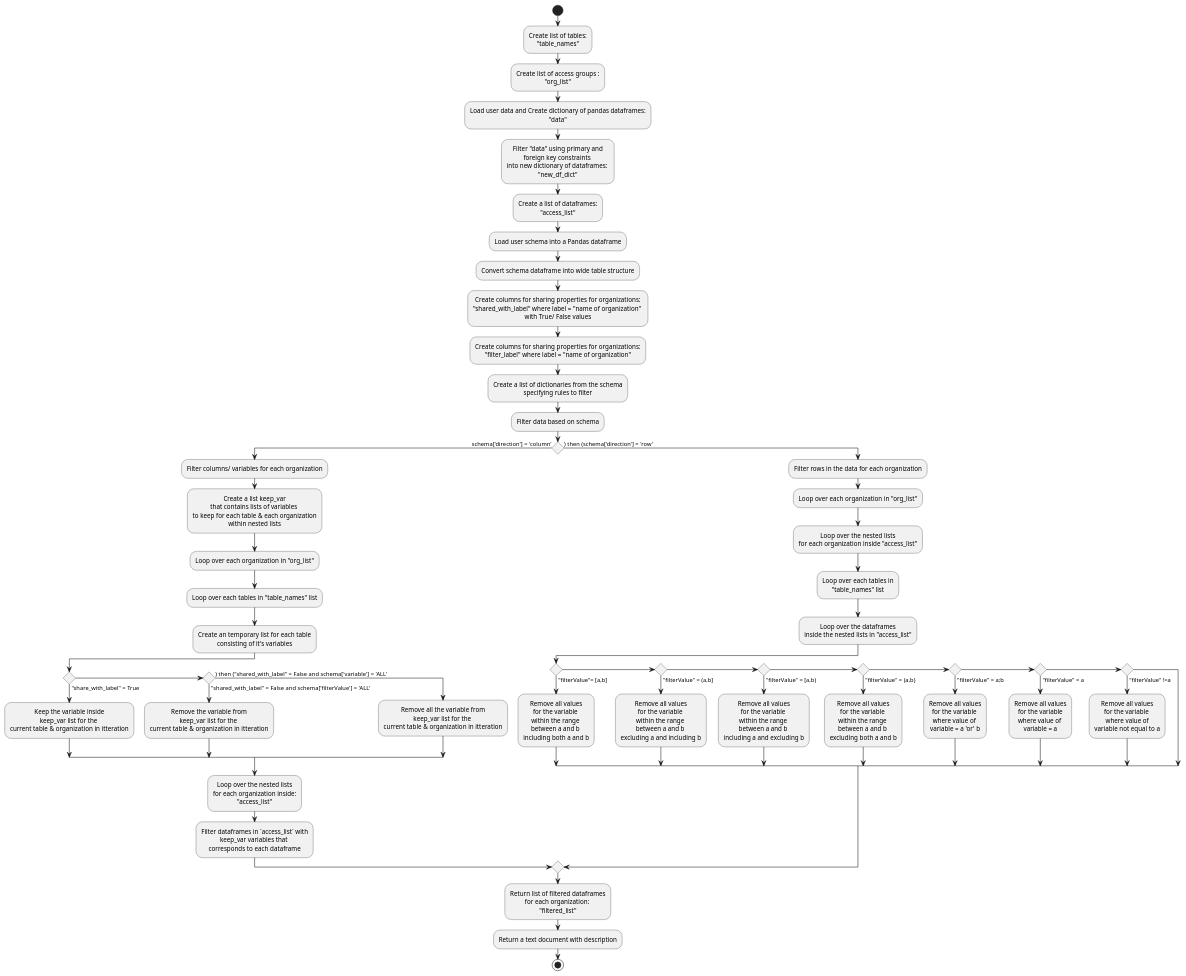
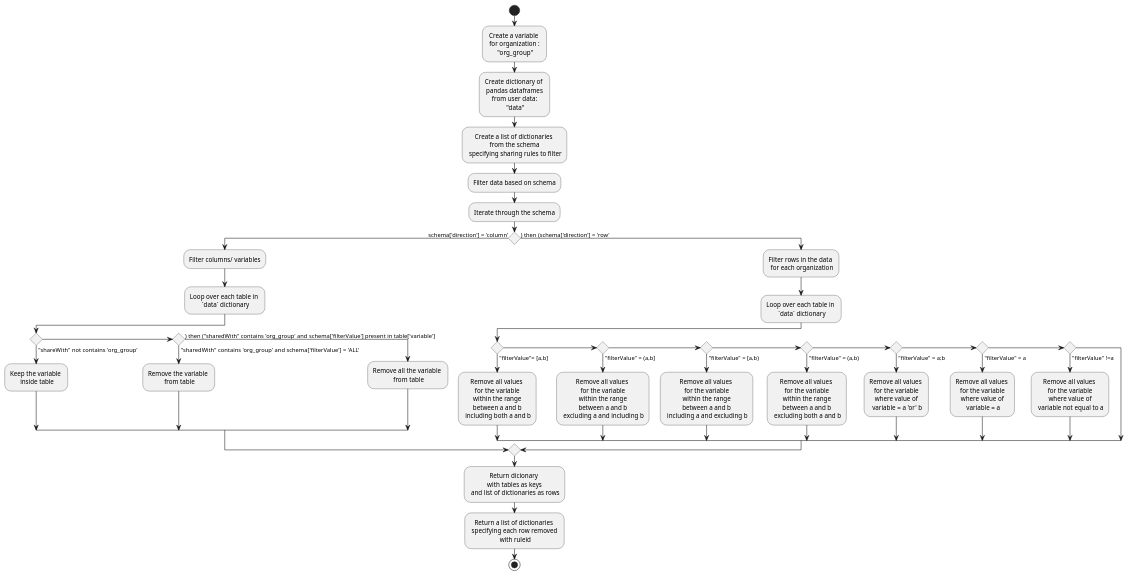
The diagram in sharing/activity.puml (Big-Life-Lab/PHES-ODM), drawn with PlantUML before and after one commit. The commit also changed 3 other files, not shown here.

Commit message:
Changed arguments to the create_filtered_dataset function in readme, changed the formatting of code blocks, changed formatting of activity.puml diagram

```diff
--- a/sharing/activity.puml
+++ b/sharing/activity.puml
@@ -1,110 +1,50 @@
 @startuml activitydiagram
 skinparam DefaultTextAlignment center
 start
-:Create list of tables: 
-"table_names";
-:Create list of access groups : 
-"org_list";
-:Load user data and Create dictionary of pandas dataframes: 
-"data";
-:Filter "data" using primary and 
-foreign key constraints 
-into new dictionary of dataframes: 
-"new_df_dict";
-:Create a list of dataframes: 
-"access_list";
-:Load user schema into a Pandas dataframe;
-:Convert schema dataframe into wide table structure;
-:Create columns for sharing properties for organizations: 
-"shared_with_label" where label = "name of organization" 
-with True/ False values;
-:Create columns for sharing properties for organizations: 
-"filter_label" where label = "name of organization";
-:Create a list of dictionaries from the schema 
-specifying rules to filter;
+
+:Create a variable \n for organization : \n "org_group";
+
+:Create dictionary of \n pandas dataframes \n from user data: \n "data";
+
+:Create a list of dictionaries \n from the schema \n specifying sharing rules to filter;
+
 :Filter data based on schema;
-if () then (schema['direction'] = 'column')
-:Filter columns/ variables for each organization;
-:Create a list keep_var 
-that contains lists of variables 
-to keep for each table & each organization
-within nested lists;
-:Loop over each organization in "org_list";
-:Loop over each tables in "table_names" list;
-:Create an temporary list for each table 
-consisting of it's variables;
-if () then ("share_with_label" = True)
-:Keep the variable inside 
-keep_var list for the 
-current table & organization in itteration;
-elseif () then ("shared_with_label" = False and schema['filterValue'] = 'ALL')
-:Remove the variable from 
-keep_var list for the 
-current table & organization in itteration;
-else () then ("shared_with_label" = False and schema['variable'] = 'ALL')
-:Remove all the variable from 
-keep_var list for the 
-current table & organization in itteration;
-endif;
-:Loop over the nested lists 
-for each organization inside:
-"access_list";
-:Filter dataframes in `access_list` with 
-keep_var variables that 
-corresponds to each dataframe;
-else () then (schema['direction'] = 'row')
-:Filter rows in the data for each organization;
-:Loop over each organization in "org_list";
-:Loop over the nested lists 
-for each organization inside "access_list";
-:Loop over each tables in 
-"table_names" list;
-:Loop over the dataframes 
-inside the nested lists in "access_list";
-if () then ("filterValue"= [a,b])
-:Remove all values 
-for the variable 
-within the range 
-between a and b 
-including both a and b;
-elseif () then ("filterValue" = (a,b])
-:Remove all values 
-for the variable 
-within the range 
-between a and b 
-excluding a and including b;
-elseif () then ("filterValue" = [a,b))
-:Remove all values 
-for the variable 
-within the range 
-between a and b 
-including a and excluding b;
-elseif () then ("filterValue" = (a,b))
-:Remove all values 
-for the variable 
-within the range 
-between a and b 
-excluding both a and b;
-elseif () then ("filterValue" = a;b)
-:Remove all values
-for the variable 
-where value of 
-variable = a 'or' b;
-elseif () then ("filterValue" = a)
-:Remove all values
-for the variable
-where value of 
-variable = a;
-elseif () then ("filterValue" !=a)
-:Remove all values 
-for the variable 
-where value of
-variable not equal to a;
-endif
-endif;
-:Return list of filtered dataframes 
-for each organization: 
-"filtered_list";
-:Return a text document with description;
+
+:Iterate through the schema;
+
+    if () then (schema['direction'] = 'column')
+        :Filter columns/ variables;
+        :Loop over each table in \n `data` dictionary;
+            if () then ("shareWith" not contains 'org_group')
+                :Keep the variable \n inside table;
+            elseif () then ("sharedWith" contains 'org_group' and schema['filterValue'] = 'ALL')
+                :Remove the variable \n from table;
+            else () then ("sharedWith" contains 'org_group' and schema['filterValue'] present in table['variable'])
+                :Remove all the variable \n from table; 
+            endif;
+
+    else () then (schema['direction'] = 'row')
+        :Filter rows in the data \n for each organization;
+        :Loop over each table in \n `data` dictionary;
+        if () then ("filterValue"= [a,b])
+            :Remove all values \n for the variable \n within the range \n between a and b \n including both a and b;
+        elseif () then ("filterValue" = (a,b])
+            :Remove all values \n for the variable \n within the range \n between a and b \n excluding a and including b;
+        elseif () then ("filterValue" = [a,b))
+            :Remove all values \n for the variable \n within the range \n between a and b \n including a and excluding b;
+        elseif () then ("filterValue" = (a,b))
+            :Remove all values \n for the variable \n within the range \n between a and b \n excluding both a and b;
+        elseif () then ("filterValue" = a;b)
+            :Remove all values \n for the variable \n where value of \n variable = a 'or' b;
+        elseif () then ("filterValue" = a)
+            :Remove all values \n for the variable \n where value of \n variable = a;
+        elseif () then ("filterValue" !=a)
+            :Remove all values \n for the variable \n where value of \n variable not equal to a;
+        endif
+    endif;
+
+:Return dicionary \n with tables as keys \n and list of dictionaries as rows; 
+
+:Return a list of dictionaries \n specifying each row removed \n with ruleid;
 stop
 @enduml
```
